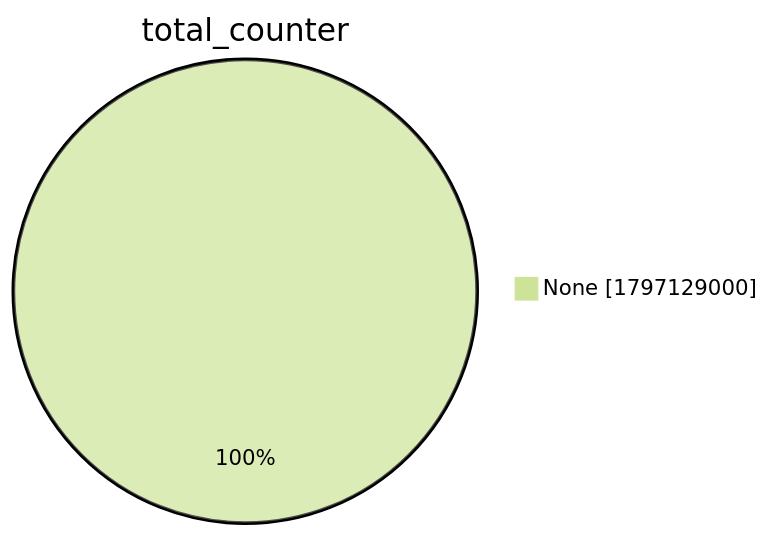
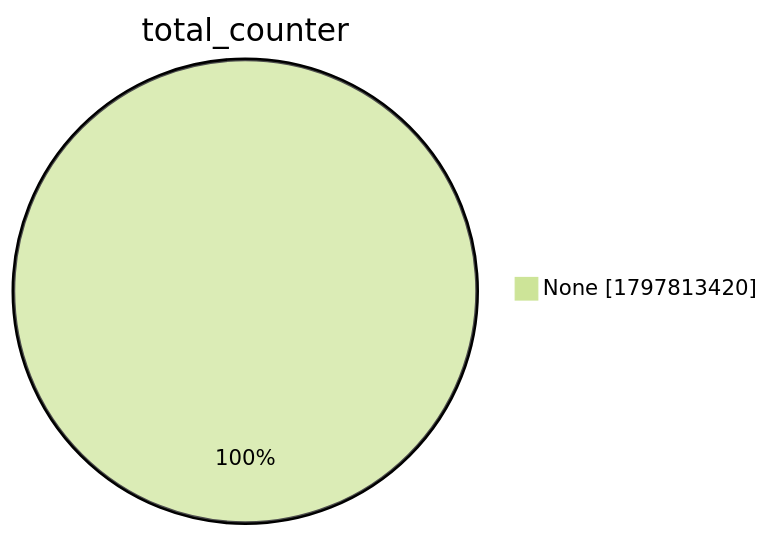
The second of 15 diagrams in xenon2022/README.md (christiankrug/ctmonitor_visualization), drawn with Mermaid (forest theme) before and after one commit. The commit also changed other lines of this file, not shown here.

````diff
--- a/xenon2022/README.md
+++ b/xenon2022/README.md
@@ -9,5 +9,5 @@
 ```mermaid
 pie showData
 title total_counter
-"None" :1797129000
+"None" :1797813420
 ```
````
